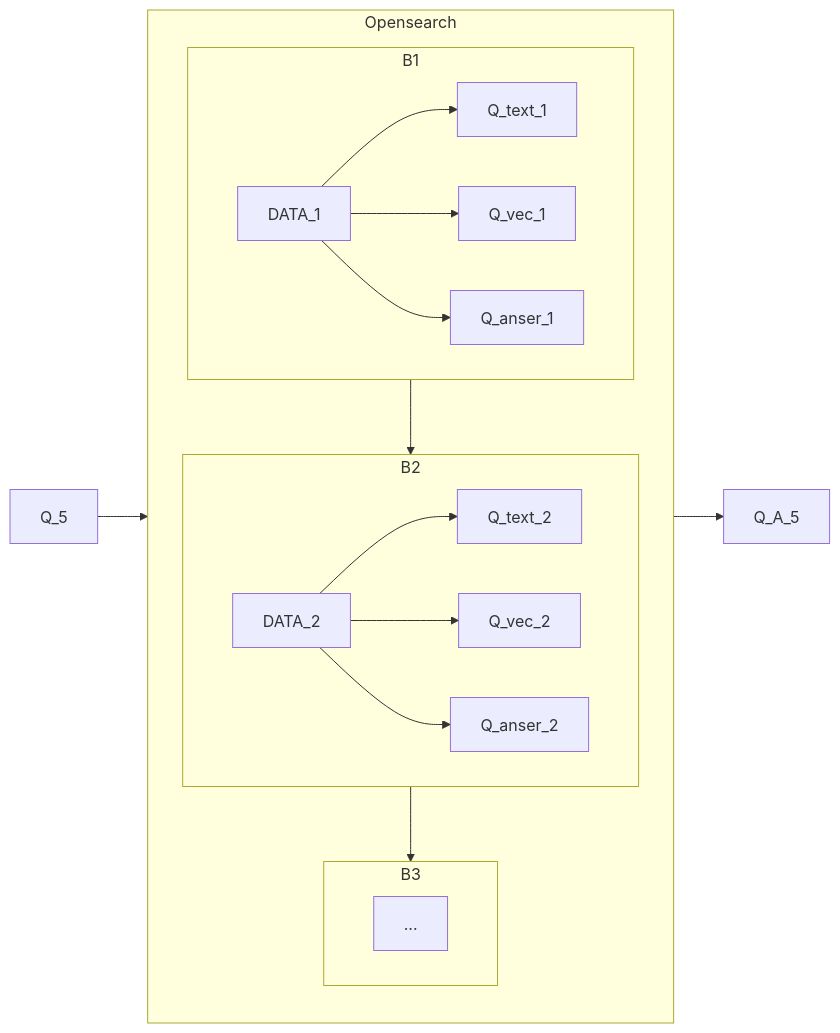
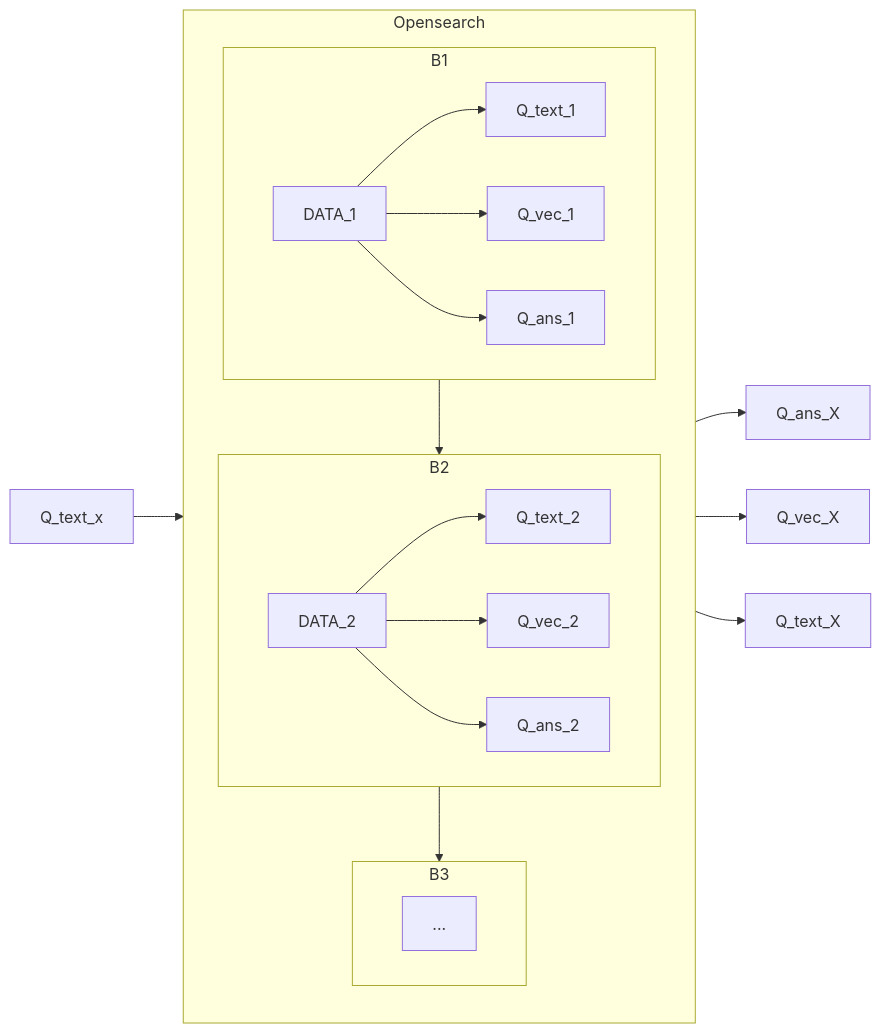
The fourth of 4 diagrams in README.md (tianrking/t_ad_help_data-1), drawn with Mermaid before and after one commit. The commit also changed other lines of this file and 2 other files, not shown here.

````diff
--- a/README.md
+++ b/README.md
@@ -29,25 +31,28 @@
 ```mermaid
 flowchart LR
   subgraph Opensearch
     direction TB
     subgraph B1
        %% direction LR
         DATA_1 --> Q_text_1
         DATA_1 --> Q_vec_1
-        DATA_1 --> Q_anser_1
+        DATA_1 --> Q_ans_1
     end
     subgraph B2
        %% direction LR
         DATA_2 --> Q_text_2
         DATA_2 --> Q_vec_2
-        DATA_2 --> Q_anser_2
+        DATA_2 --> Q_ans_2
     end
     subgraph B3
         ...
 
     end
   end
-  Q_5 --> Opensearch --> Q_A_5
+  Q_text_x --> Opensearch --> Q_ans_X
+  Opensearch --> Q_vec_X
+  Opensearch --> Q_text_X
+
   B1 --> B2
   B2 --> B3
   ```
````
